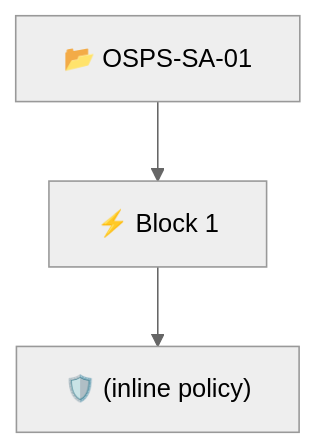
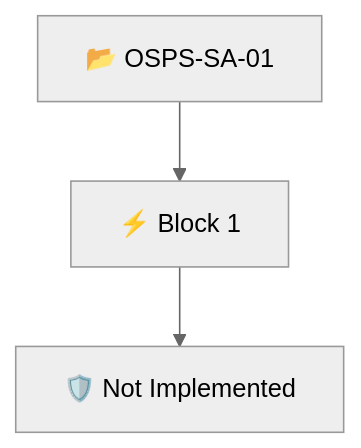
Diagram 30 of 37 in sets/baseline/osps-baseline.policy.md (carabiner-dev/policies), drawn with Mermaid (neutral theme) before and after one commit. The commit also changed other lines of this file and 12 other files, not shown here.

````diff
--- a/sets/baseline/osps-baseline.policy.md
+++ b/sets/baseline/osps-baseline.policy.md
@@ -1896,6 +1966,6 @@
 ```mermaid
 flowchart TD
     G["📂 OSPS-SA-01"]
     G --> G_B0["⚡ Block 1"]
-    G_B0 --> G_B0_P0["🛡️ (inline policy)"]
+    G_B0 --> G_B0_P0["🛡️ Not Implemented"]
 ```
````
